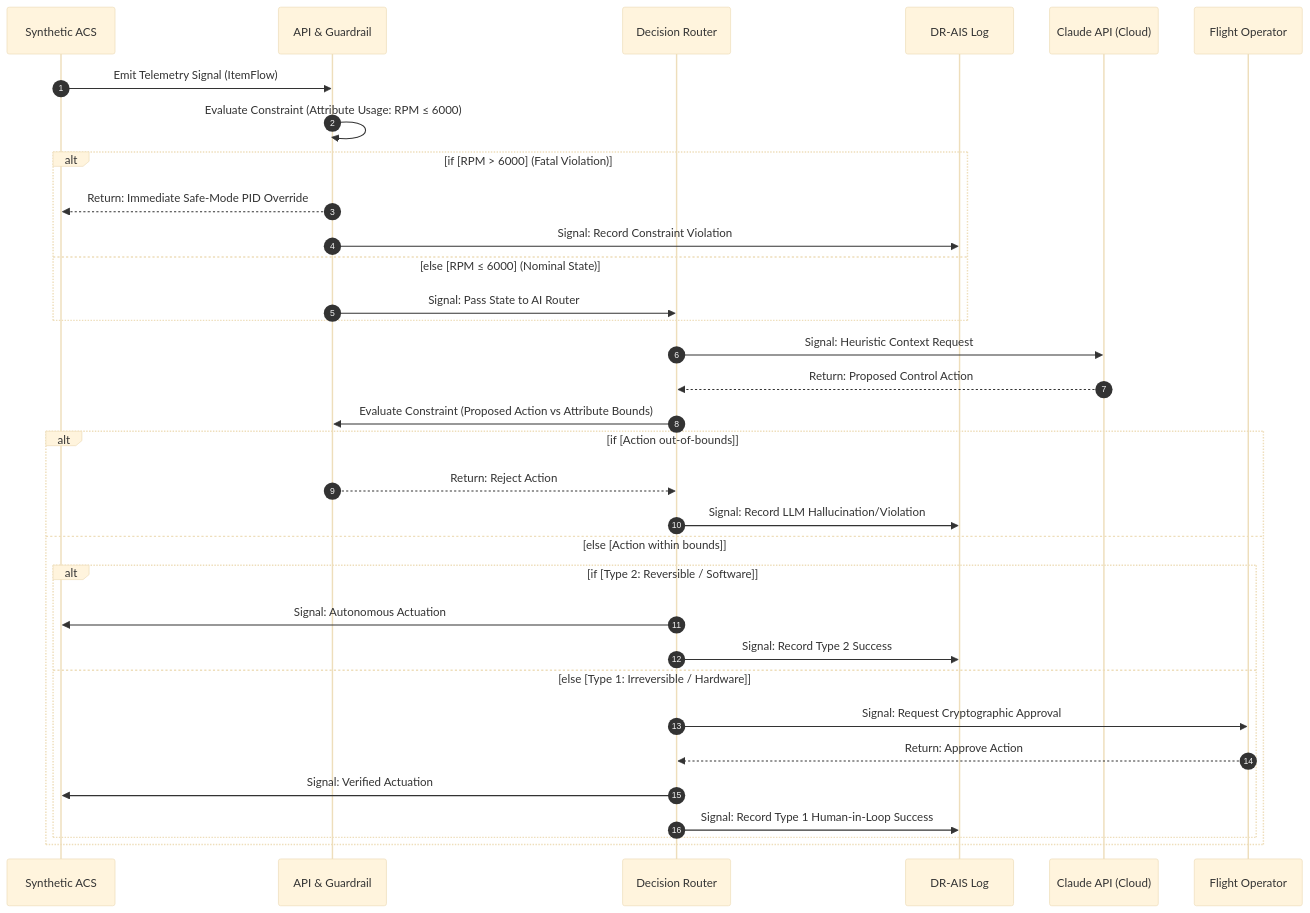
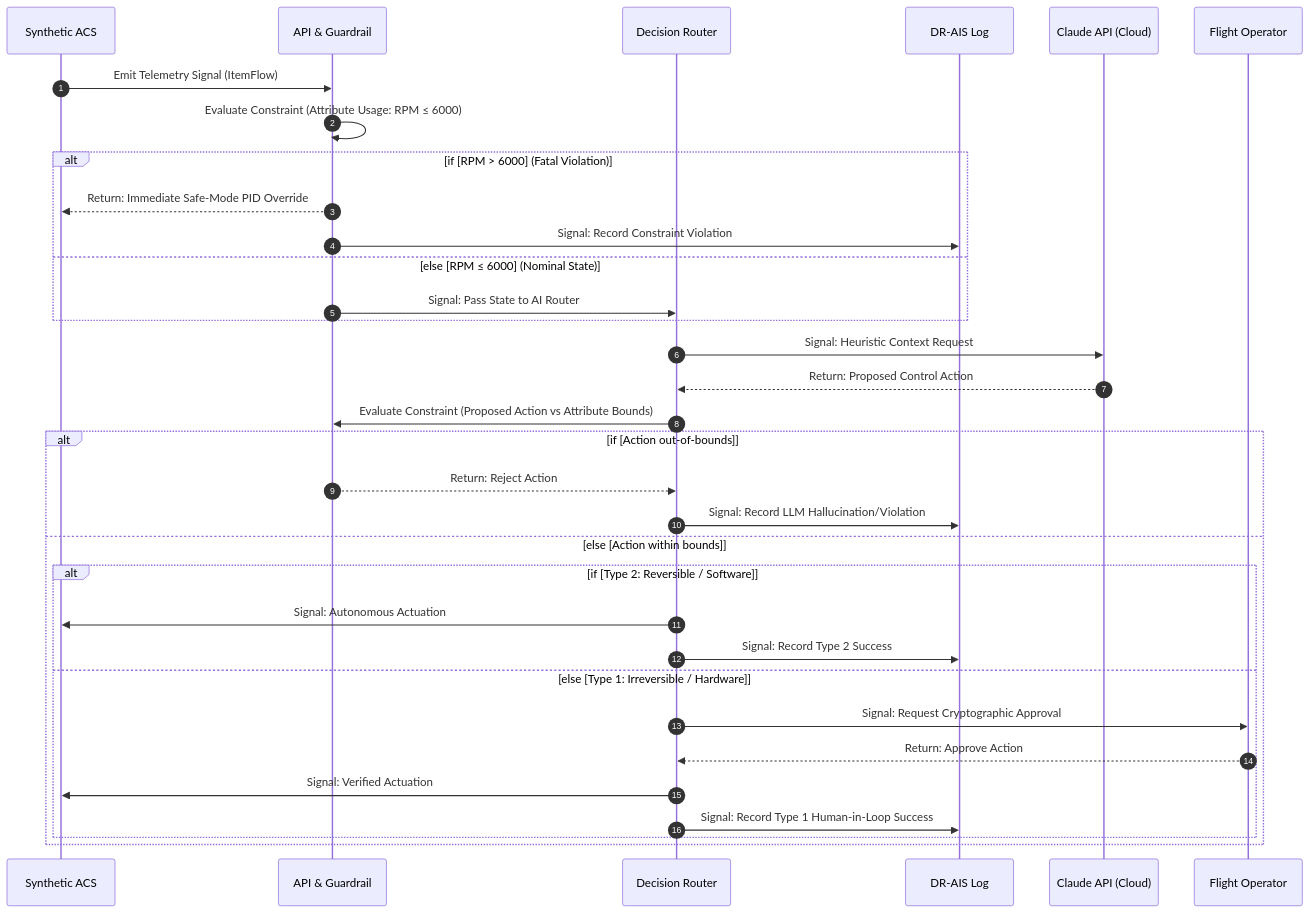
One commit to camirian/safe-acs changed the third of 4 diagrams in ARCHITECTURE.md. Above: the diagram before and after it, drawn with Mermaid.

Commit message:
docs: revert sequence diagram base theme to default while retaining custom alt border to fix yellow washed out styling

````diff
--- a/ARCHITECTURE.md
+++ b/ARCHITECTURE.md
@@ -87,42 +87,42 @@
 ```mermaid
-%%{init: {'theme': 'base', 'themeVariables': { 'altBackground': '#e0e0e0', 'altBorder': '#333333'}}}%%
+%%{init: {'theme': 'default', 'themeVariables': { 'altBackground': 'rgba(200, 200, 200, 0.2)', 'altBorder': '#333333'}}}%%
 sequenceDiagram
     autonumber
     
     participant Sim as Synthetic ACS
     participant Edge as API & Guardrail
     participant Router as Decision Router
     participant Log as DR-AIS Log
     participant Claude as Claude API (Cloud)
     participant Human as Flight Operator
     
     Sim->>Edge: Emit Telemetry Signal (ItemFlow)
     Edge->>Edge: Evaluate Constraint (Attribute Usage: RPM ≤ 6000)
     
     alt if [RPM > 6000] (Fatal Violation)
         Edge-->>Sim: Return: Immediate Safe-Mode PID Override
         Edge->>Log: Signal: Record Constraint Violation
     else else [RPM ≤ 6000] (Nominal State)
         Edge->>Router: Signal: Pass State to AI Router
     end
     
     Router->>Claude: Signal: Heuristic Context Request
     Claude-->>Router: Return: Proposed Control Action
     
     Router->>Edge: Evaluate Constraint (Proposed Action vs Attribute Bounds)
     
     alt if [Action out-of-bounds]
         Edge-->>Router: Return: Reject Action
         Router->>Log: Signal: Record LLM Hallucination/Violation
     else else [Action within bounds]
         alt if [Type 2: Reversible / Software]
             Router->>Sim: Signal: Autonomous Actuation
             Router->>Log: Signal: Record Type 2 Success
         else else [Type 1: Irreversible / Hardware]
             Router->>Human: Signal: Request Cryptographic Approval
             Human-->>Router: Return: Approve Action
             Router->>Sim: Signal: Verified Actuation
             Router->>Log: Signal: Record Type 1 Human-in-Loop Success
         end
     end
 ```
````
